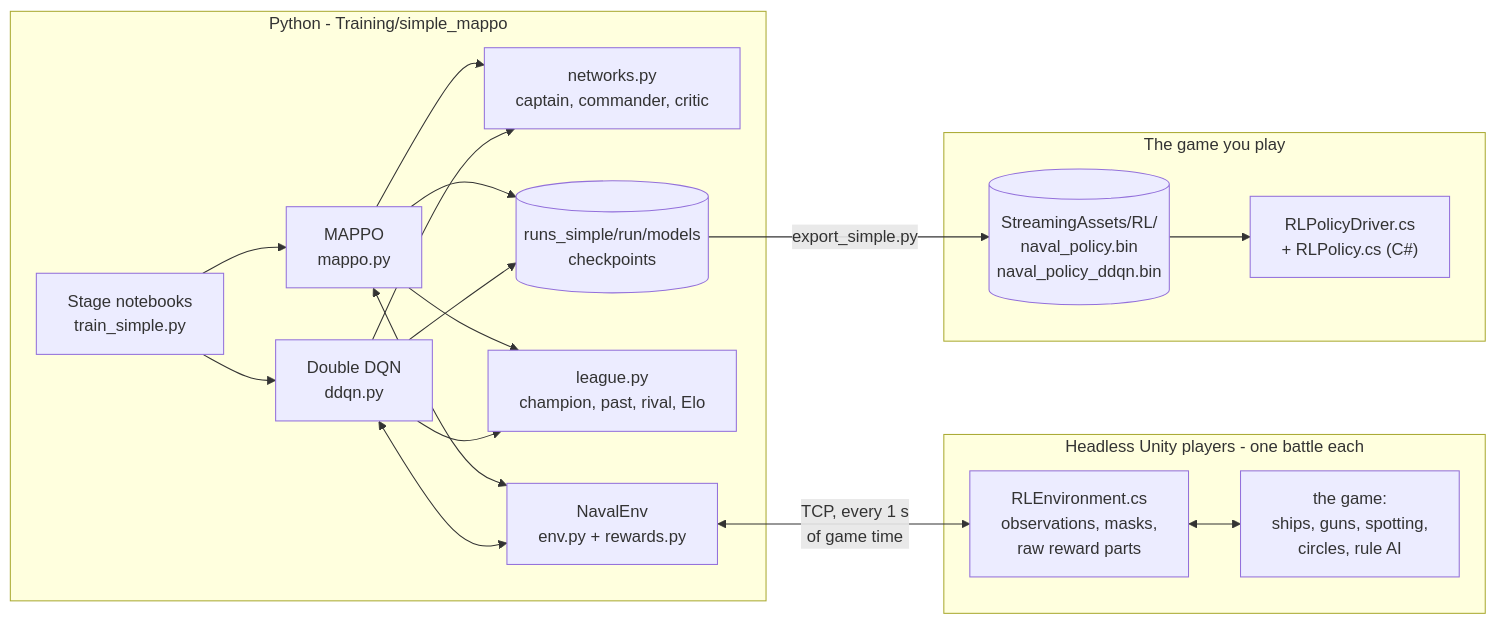
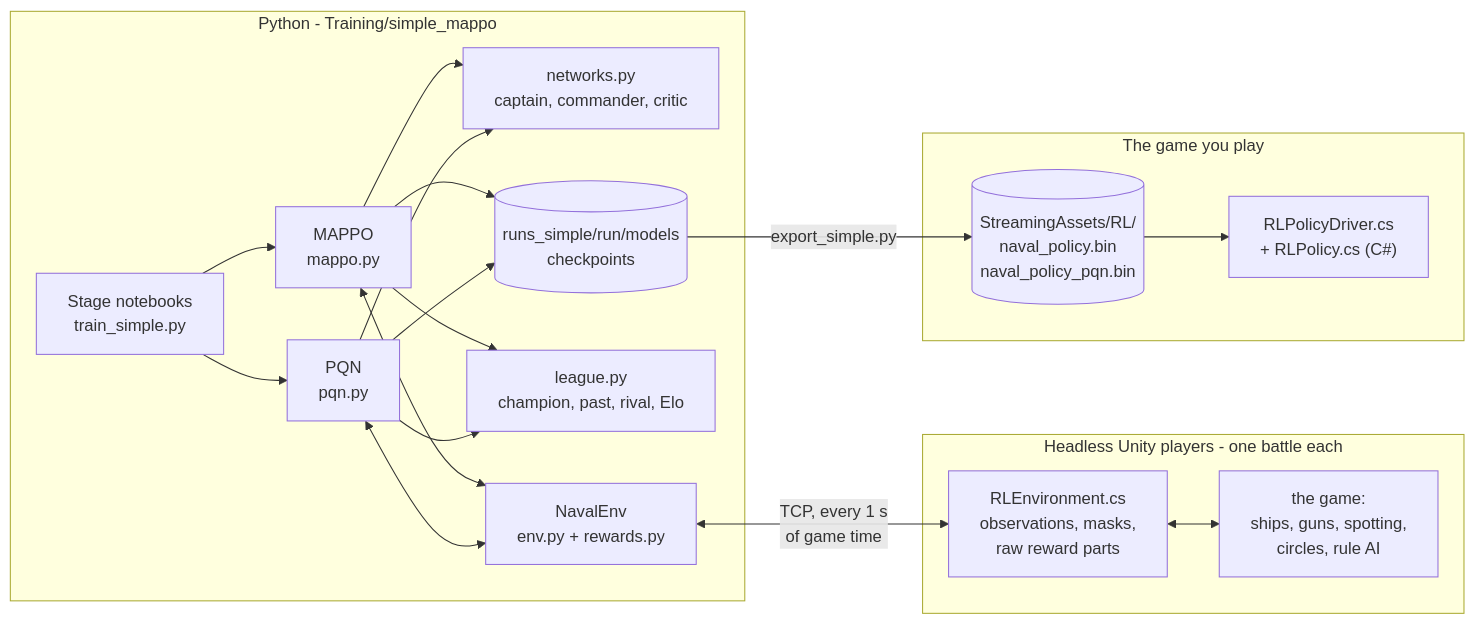
The first of 5 diagrams in Training/simple_mappo/README.md (UTS-WOW/WOW-Simulation), drawn with Mermaid before and after one commit. The commit also changed other lines of this file and 38 other files, not shown here.

````diff
--- a/Training/simple_mappo/README.md
+++ b/Training/simple_mappo/README.md
@@ -63,27 +64,27 @@
 ```mermaid
 flowchart LR
     subgraph PY["Python - Training/simple_mappo"]
         NB["Stage notebooks<br/>train_simple.py"]
         M["MAPPO<br/>mappo.py"]
-        D["Double DQN<br/>ddqn.py"]
+        D["PQN<br/>pqn.py"]
         NET["networks.py<br/>captain, commander, critic"]
         ENV["NavalEnv<br/>env.py + rewards.py"]
         LG["league.py<br/>champion, past, rival, Elo"]
         CK[("runs_simple/run/models<br/>checkpoints")]
     end
     subgraph U["Headless Unity players - one battle each"]
         RLE["RLEnvironment.cs<br/>observations, masks,<br/>raw reward parts"]
         GAME["the game:<br/>ships, guns, spotting,<br/>circles, rule AI"]
     end
     subgraph G["The game you play"]
-        BIN[("StreamingAssets/RL/<br/>naval_policy.bin<br/>naval_policy_ddqn.bin")]
+        BIN[("StreamingAssets/RL/<br/>naval_policy.bin<br/>naval_policy_pqn.bin")]
         DRV["RLPolicyDriver.cs<br/>+ RLPolicy.cs (C#)"]
     end
     NB --> M & D
     M & D --> NET
     M & D --> LG
     M & D <--> ENV
     ENV <-->|"TCP, every 1 s<br/>of game time"| RLE
     RLE <--> GAME
     M & D --> CK -->|"export_simple.py"| BIN --> DRV
 ```
````
